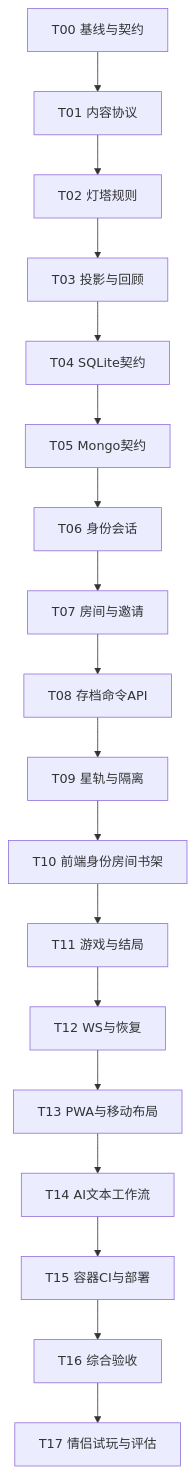
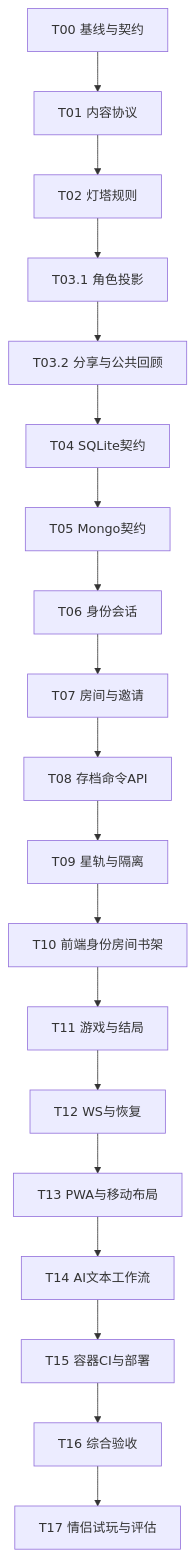
One commit to ajsjsjjbshshsj/two-worlds-agent-game changed the diagram in docs/04-开发阶段与任务清单.md. Above: the diagram before and after it, drawn with Mermaid. The commit also changed other lines of this file and 9 other files, not shown here.

````diff
--- a/docs/04-开发阶段与任务清单.md
+++ b/docs/04-开发阶段与任务清单.md
@@ -17,20 +17,21 @@
 ```mermaid
 flowchart TD
     T00[T00 基线与契约] --> T01[T01 内容协议]
     T01 --> T02[T02 灯塔规则]
-    T02 --> T03[T03 投影与回顾]
-    T03 --> T04[T04 SQLite契约]
+    T02 --> T031[T03.1 角色投影]
+    T031 --> T032[T03.2 分享与公共回顾]
+    T032 --> T04[T04 SQLite契约]
     T04 --> T05[T05 Mongo契约]
     T05 --> T06[T06 身份会话]
     T06 --> T07[T07 房间与邀请]
     T07 --> T08[T08 存档命令API]
     T08 --> T09[T09 星轨与隔离]
     T09 --> T10[T10 前端身份房间书架]
     T10 --> T11[T11 游戏与结局]
     T11 --> T12[T12 WS与恢复]
     T12 --> T13[T13 PWA与移动布局]
     T13 --> T14[T14 AI文本工作流]
     T14 --> T15[T15 容器CI与部署]
     T15 --> T16[T16 综合验收]
     T16 --> T17[T17 情侣试玩与评估]
 ```
````
